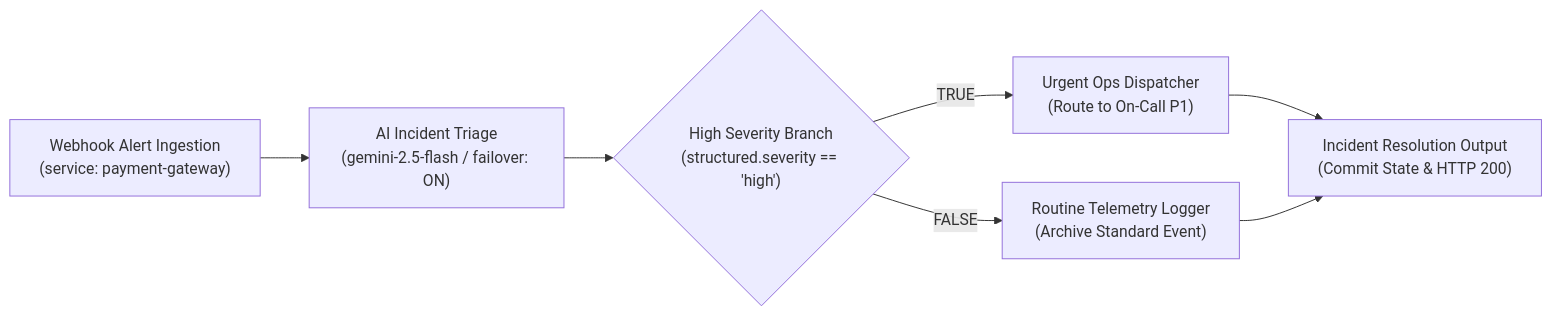
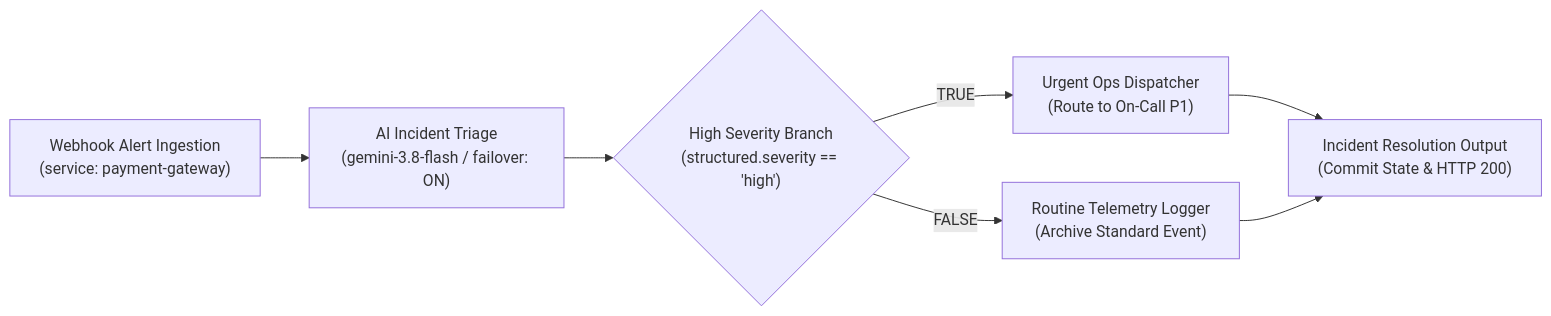
Before and after one commit to DivyanshuG23/flowforge-ai: the sixth of 6 diagrams in docs/ARCHITECTURE.md, drawn with Mermaid. The commit also changed other lines of this file and 16 other files, not shown here.

Commit message:
fix: migrate Gemini default model to gemini-3.8-flash and add Groq direct execution badge

````diff
--- a/docs/ARCHITECTURE.md
+++ b/docs/ARCHITECTURE.md
@@ -281,9 +281,9 @@
 ```mermaid
 flowchart LR
-    Trigger["Webhook Alert Ingestion\n(service: payment-gateway)"] --> AI["AI Incident Triage\n(gemini-2.5-flash / failover: ON)"]
+    Trigger["Webhook Alert Ingestion\n(service: payment-gateway)"] --> AI["AI Incident Triage\n(gemini-3.8-flash / failover: ON)"]
     AI --> Condition{"High Severity Branch\n(structured.severity == 'high')"}
     Condition -- "TRUE" --> ActionHigh["Urgent Ops Dispatcher\n(Route to On-Call P1)"]
     Condition -- "FALSE" --> ActionLow["Routine Telemetry Logger\n(Archive Standard Event)"]
     ActionHigh --> Output["Incident Resolution Output\n(Commit State & HTTP 200)"]
     ActionLow --> Output
 ```
````
